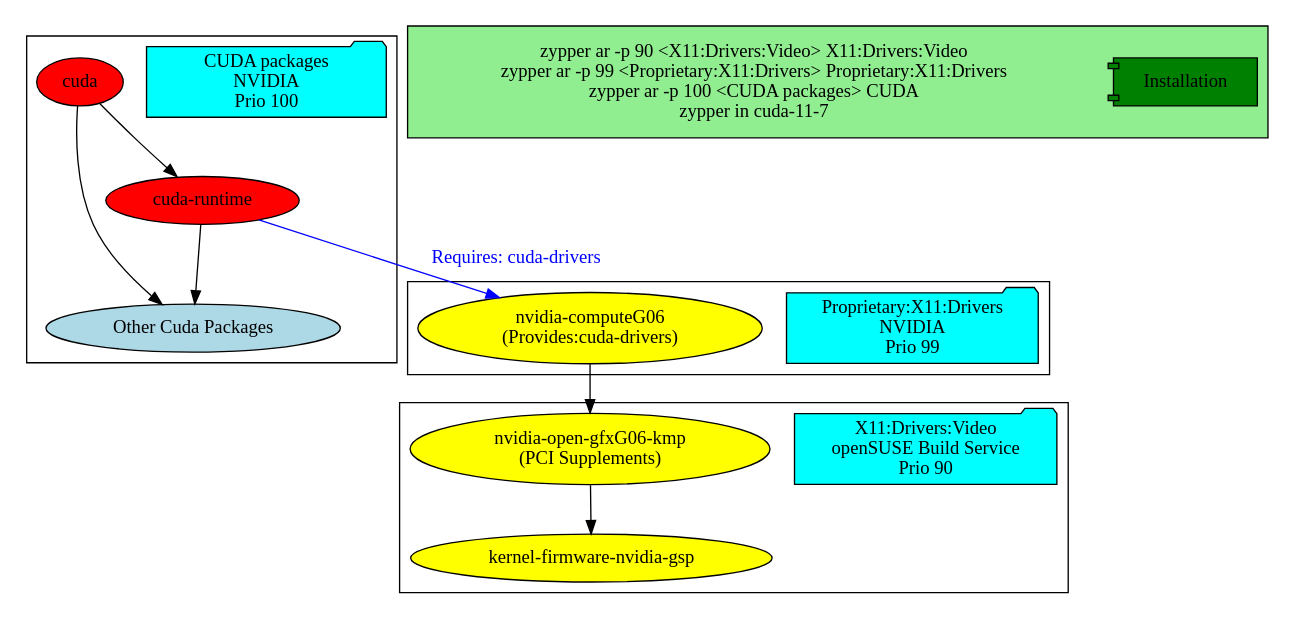
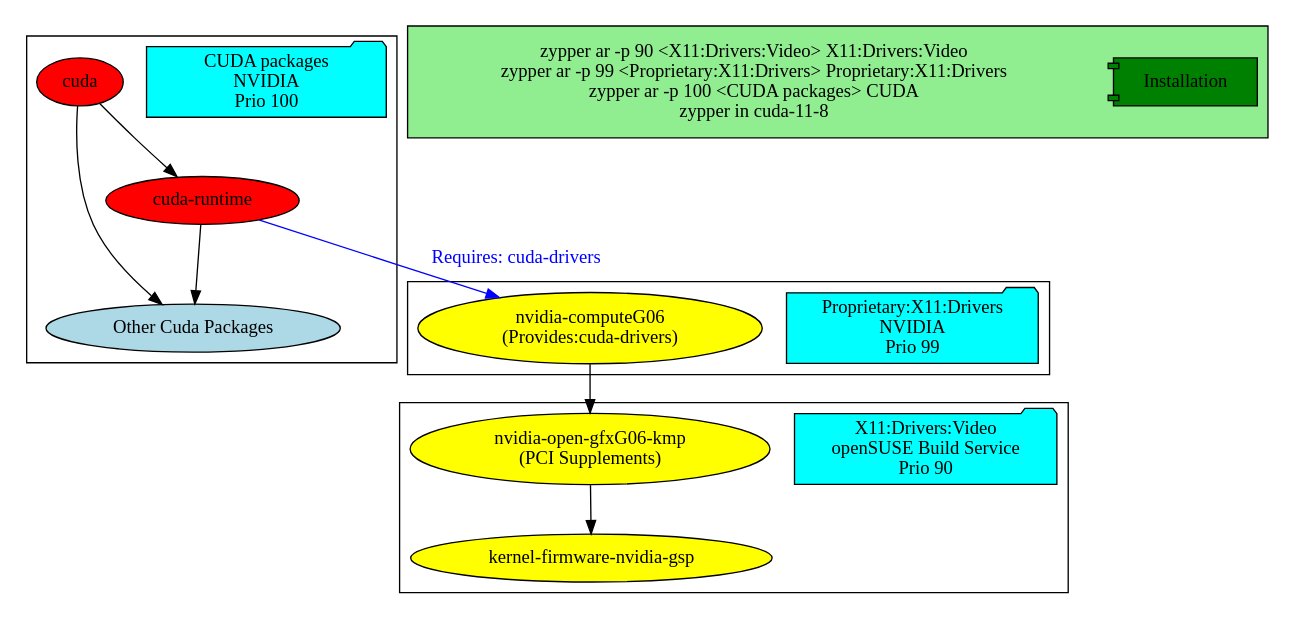
Before and after one commit to sndirsch/sndirsch.github.io: the diagram in assets/src/2022-06-07-nvidia-opengpu/repos.dot, drawn with Graphviz. The commit also changed 3 other files, not shown here.

```diff
--- a/assets/src/2022-06-07-nvidia-opengpu/repos.dot
+++ b/assets/src/2022-06-07-nvidia-opengpu/repos.dot
@@ -1,28 +1,28 @@
 digraph {
 	subgraph cluster_0 {
 		repo_nvidia_cuda[fillcolor=aqua,style=filled,width=2.5,shape=folder,label="CUDA packages\nNVIDIA\n Prio 100"]
 		cuda [fillcolor=red,style=filled] 
 		cuda_runtime [fillcolor=red,style=filled,label="cuda-runtime"]
 		cuda_other_packages[fillcolor=lightblue,style=filled,label="Other Cuda Packages"]
 	}
 	subgraph cluster_1 {
 		repo_nvidia_gfx[fillcolor=aqua,style=filled,width=2.5,shape=folder,label="Proprietary:X11:Drivers\nNVIDIA\n Prio 99"]
 		nvidia_computeG06[fillcolor=yellow,style=filled,label="nvidia-computeG06\n(Provides:cuda-drivers)"]
 	}
 	subgraph cluster_2 {
 		repo_obs[fillcolor=aqua,style=filled,width=2.5,shape=folder,label="X11:Drivers:Video\n openSUSE Build Service\n Prio 90"]
 		nvidia_open_gfxG06_kmp[fillcolor=yellow,style=filled,label="nvidia-open-gfxG06-kmp\n(PCI Supplements)"]
 		kernel_firmware_nvidia_gsp[fillcolor=yellow,style=filled,label="kernel-firmware-nvidia-gsp"]
 	}
 	subgraph cluster_3 {
 		bgcolor="lightgreen"
 		repo_install[fillcolor=green,style=filled,width=1.5,shape=component,label="Installation"]
-		command1[shape=none,width=7,label="zypper ar -p 90 <X11:Drivers:Video> X11:Drivers:Video\nzypper ar -p 99 <Proprietary:X11:Drivers> Proprietary:X11:Drivers\nzypper ar -p 100 <CUDA packages> CUDA\nzypper in cuda-11-7"]
+		command1[shape=none,width=7,label="zypper ar -p 90 <X11:Drivers:Video> X11:Drivers:Video\nzypper ar -p 99 <Proprietary:X11:Drivers> Proprietary:X11:Drivers\nzypper ar -p 100 <CUDA packages> CUDA\nzypper in cuda-11-8"]
 	}
 	cuda -> cuda_runtime
 	cuda -> cuda_other_packages
 	cuda_runtime -> nvidia_computeG06 [color="blue",fontcolor="blue",label="Requires: cuda-drivers"]
 	cuda_runtime -> cuda_other_packages
         nvidia_computeG06 -> nvidia_open_gfxG06_kmp
 	nvidia_open_gfxG06_kmp -> kernel_firmware_nvidia_gsp
 }
```
